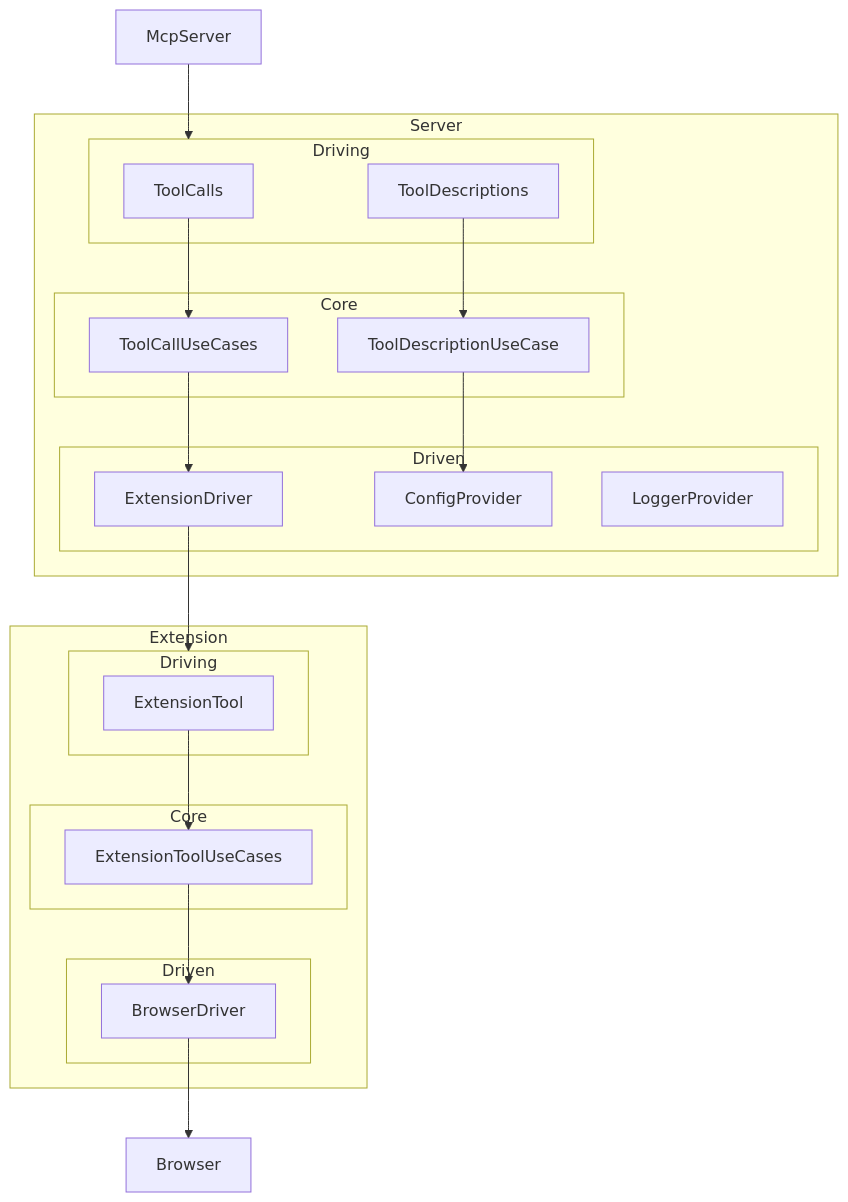
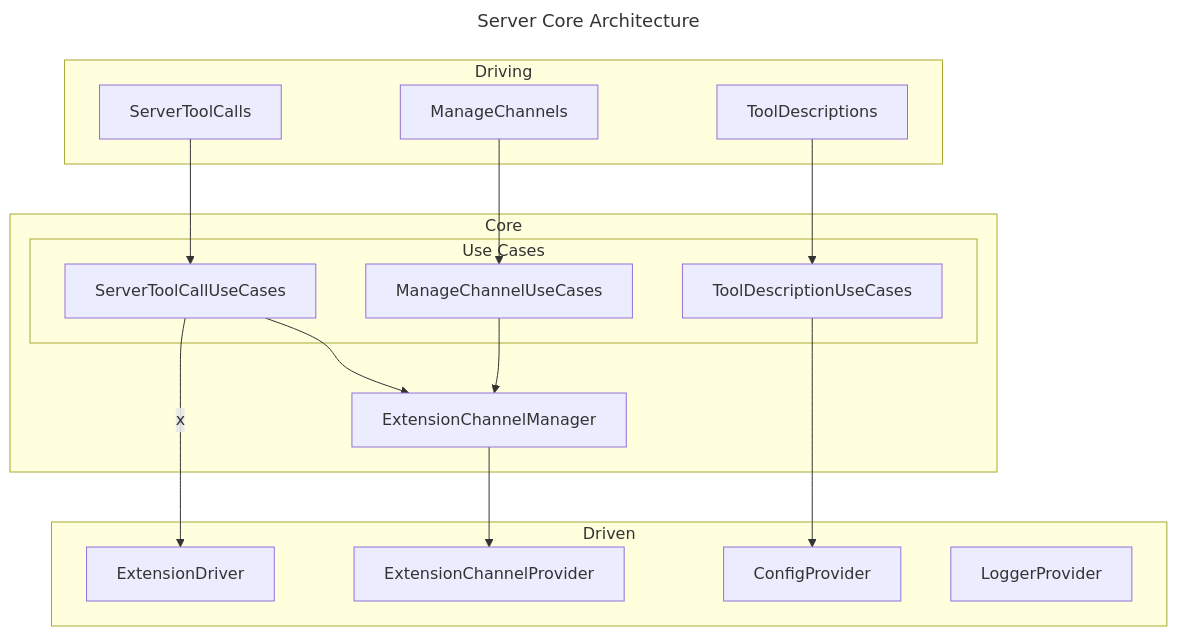
The second of 5 diagrams in docs/architecture.md (ndthanhdev/mcp-browser-kit), drawn with Mermaid before and after one commit. The commit also changed other lines of this file and 182 other files, not shown here.

````diff
--- a/docs/architecture.md
+++ b/docs/architecture.md
@@ -6,49 +34,39 @@
 ```mermaid
+---
+title: Server Core Architecture
+---
 flowchart TD
-  McpServer
-
-  subgraph Server
-    subgraph ServerDriving["Driving"]
-      ToolCalls 
-      ToolDescriptions
-    end
-    subgraph ServerCore["Core"]
-      ToolCallUseCases
-      ToolDescriptionUseCase
-    end
-
-    subgraph ServerDriven["Driven"]
-      ExtensionDriver
-      ConfigProvider["ConfigProvider"]
-      LoggerProvider["LoggerProvider"]
-    end
-
-    ToolCalls --> ToolCallUseCases
-    ToolCallUseCases --> ExtensionDriver
-    ToolDescriptions --> ToolDescriptionUseCase
-    ToolDescriptionUseCase --> ConfigProvider
+  subgraph ServerDriving["Driving"]
+    ServerToolCalls
+    ManageChannels
+    ToolDescriptions
   end
 
-  McpServer-->ServerDriving
-
-  subgraph Extension
-    subgraph ExtensionDriving["Driving"]
-      ExtensionTool
+  subgraph ServerCore["Core"]
+    subgraph UseCases["Use Cases"]
+      ServerToolCallUseCases
+      ManageChannelUseCases
+      ToolDescriptionUseCases
     end
-
-    subgraph ExtensionCore["Core"]
-      ExtensionToolUseCases
-    end
-    subgraph ExtensionDriven["Driven"]
-      BrowserDriver
-    end
-
-    ExtensionTool --> ExtensionToolUseCases
-    ExtensionToolUseCases -->BrowserDriver
+    ExtensionChannelManager
   end
 
-  Browser
+  subgraph ServerDriven["Driven"]
+    ExtensionDriver
+    ConfigProvider["ConfigProvider"]
+    ExtensionChannelProvider
+    LoggerProvider["LoggerProvider"]
+  end
 
-  ExtensionDriver --> ExtensionDriving
-  BrowserDriver --> Browser
+  %% From Driving
+  ServerToolCalls --> ServerToolCallUseCases
+  ToolDescriptions --> ToolDescriptionUseCases
+  ManageChannels --> ManageChannelUseCases
+  %% From Core
+  ServerToolCallUseCases --"x"--> ExtensionDriver
+  ServerToolCallUseCases--> ExtensionChannelManager
+  ManageChannelUseCases --> ExtensionChannelManager
+  ExtensionChannelManager --> ExtensionChannelProvider
+  ToolDescriptionUseCases --> ConfigProvider
+
 ```
````
